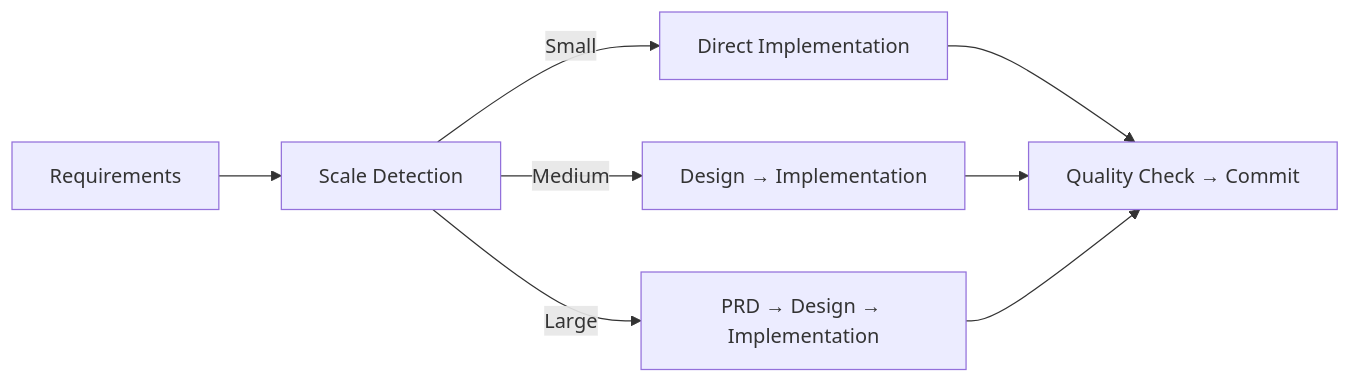
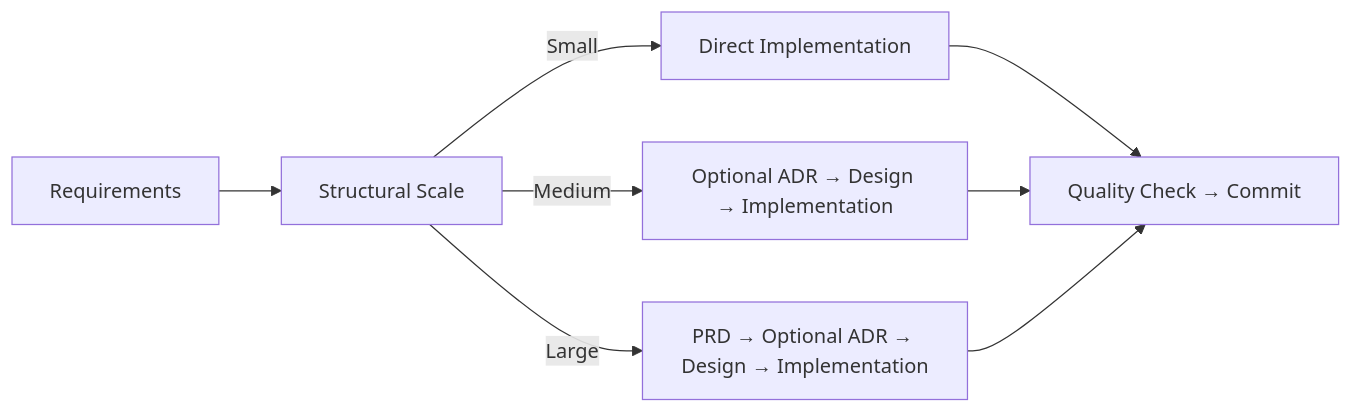
Before and after one commit to shinpr/ai-coding-project-boilerplate: the first of 2 diagrams in README.md, drawn with Mermaid. The commit also changed 45 other files, not shown here.

````diff
--- a/README.md
+++ b/README.md
@@ -217,11 +217,11 @@
 ```mermaid
 graph LR
-    A[Requirements] --> B[Scale Detection]
+    A[Requirements] --> B[Structural Scale]
     B -->|Small| C[Direct Implementation]
-    B -->|Medium| D[Design → Implementation]
-    B -->|Large| E[PRD → Design → Implementation]
+    B -->|Medium| D[Optional ADR → Design → Implementation]
+    B -->|Large| E[PRD → Optional ADR → Design → Implementation]
 
     C --> F[Quality Check → Commit]
     D --> F
     E --> F
 ```
````
